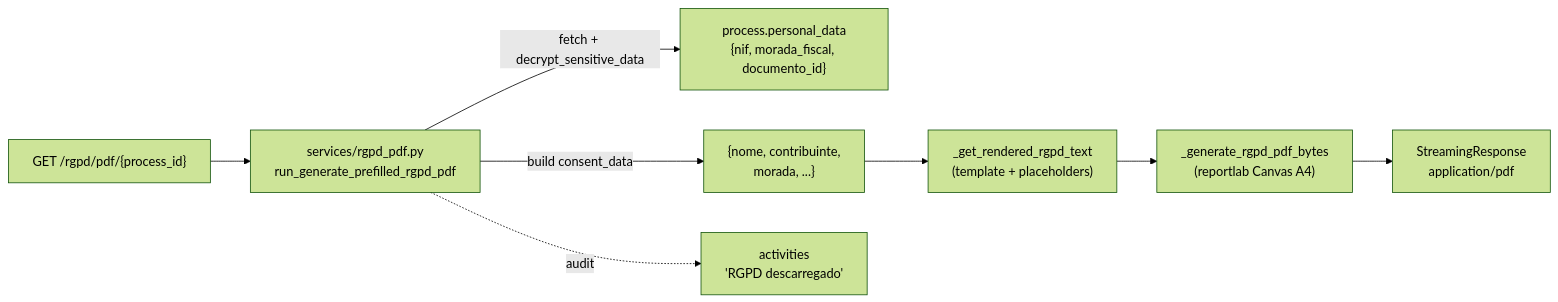
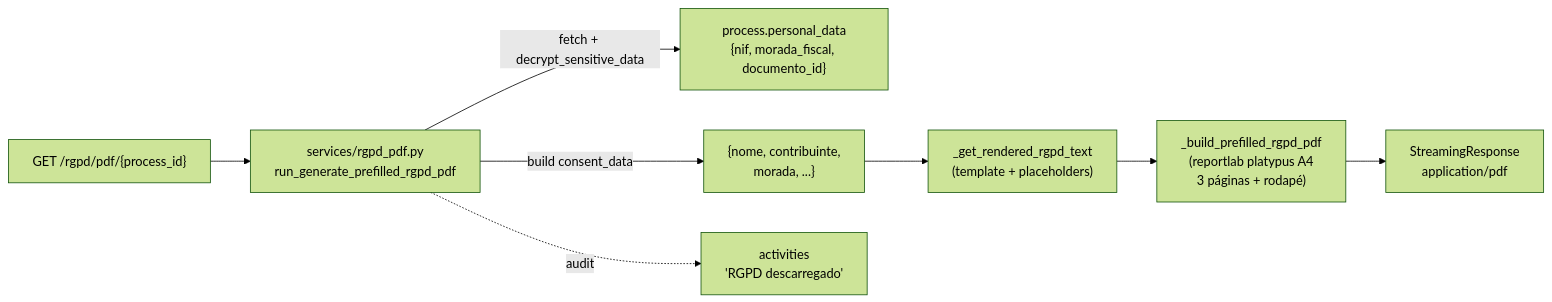
One commit to PowerPrecision/PowerCell changed diagram 24 of 29 in ARCHITECTURE.md. Above: the diagram before and after it, drawn with Mermaid (forest theme). The commit also changed other lines of this file and 3 other files, not shown here.

Commit message:
Refactor: Upgrade RGPD PDF layout with professional styling, multi-page structure, and proper signature blocks

````diff
--- a/ARCHITECTURE.md
+++ b/ARCHITECTURE.md
@@ -1509,10 +1509,10 @@
 ```mermaid
 flowchart LR
     Endpoint["GET /rgpd/pdf/{process_id}"] --> Service["services/rgpd_pdf.py<br/>run_generate_prefilled_rgpd_pdf"]
     Service -->|"fetch + decrypt_sensitive_data"| Process["process.personal_data<br/>{nif, morada_fiscal, documento_id}"]
     Service -->|"build consent_data"| Consent["{nome, contribuinte,<br/>morada, ...}"]
     Consent --> Render["_get_rendered_rgpd_text<br/>(template + placeholders)"]
-    Render --> PDF["_generate_rgpd_pdf_bytes<br/>(reportlab Canvas A4)"]
+    Render --> PDF["_build_prefilled_rgpd_pdf<br/>(reportlab platypus A4<br/>3 páginas + rodapé)"]
     PDF --> Response["StreamingResponse<br/>application/pdf"]
     Service -.->|"audit"| Activity["activities<br/>'RGPD descarregado'"]
 ```
````
